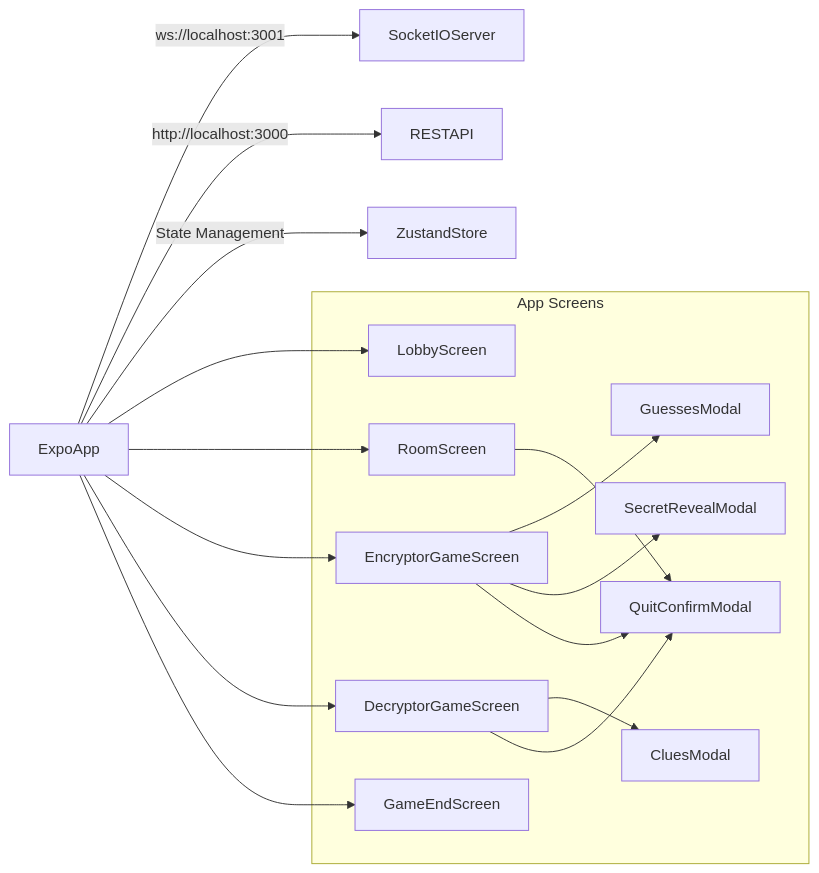
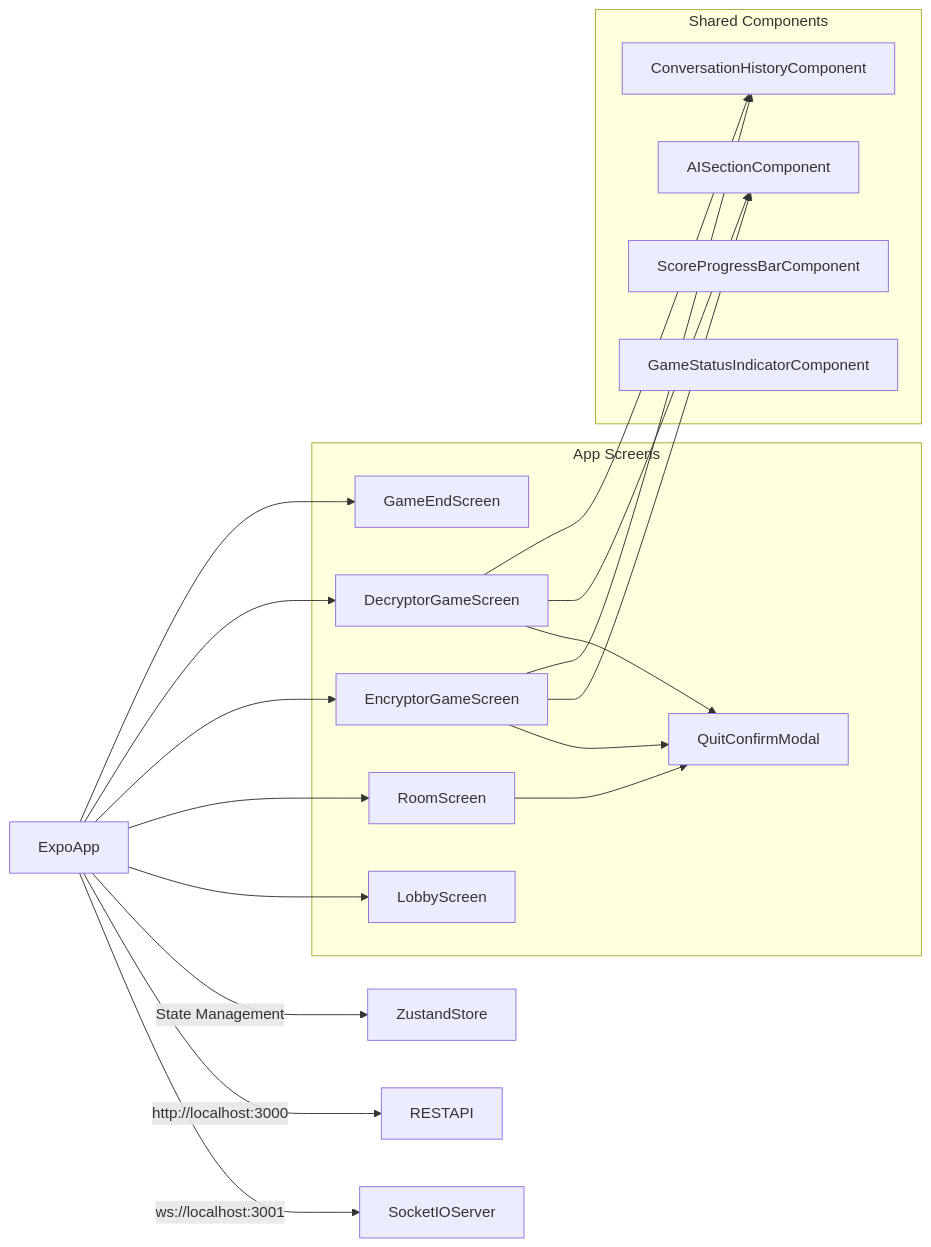
The diagram in frontend/frontend-spec.md (guy-car/week6-smuggler), drawn with Mermaid before and after one commit. The commit also changed other lines of this file and 5 other files, not shown here.

Commit message:
Phase 4: Implement shared AISectionComponent and UI simplification

````diff
--- a/frontend/frontend-spec.md
+++ b/frontend/frontend-spec.md
@@ -23,35 +23,41 @@
 ```mermaid
 graph LR
     ExpoApp[ExpoApp]
     WebSocket[SocketIOServer]
     RESTAPI[RESTAPI]
     ZustandStore[ZustandStore]
     
     ExpoApp -->|ws://localhost:3001| WebSocket
     ExpoApp -->|http://localhost:3000| RESTAPI
     ExpoApp -->|State Management| ZustandStore
     
     subgraph "App Screens"
         Lobby[LobbyScreen]
         Room[RoomScreen]
         EncryptorGame[EncryptorGameScreen]
         DecryptorGame[DecryptorGameScreen]
         GameEnd[GameEndScreen]
-        ModalGuesses[GuessesModal]
-        ModalClues[CluesModal]
         ModalQuit[QuitConfirmModal]
-        ModalSecret[SecretRevealModal]
+    end
+    
+    subgraph "Shared Components"
+        AIComponent[AISectionComponent]
+        ConversationHistory[ConversationHistoryComponent]
+        ScoreProgressBar[ScoreProgressBarComponent]
+        GameStatusIndicator[GameStatusIndicatorComponent]
     end
     
     ExpoApp --> Lobby
     ExpoApp --> Room
     ExpoApp --> EncryptorGame
     ExpoApp --> DecryptorGame
     ExpoApp --> GameEnd
-    EncryptorGame --> ModalGuesses
-    DecryptorGame --> ModalClues
-    EncryptorGame --> ModalSecret
     EncryptorGame --> ModalQuit
     DecryptorGame --> ModalQuit
     Room --> ModalQuit
+    
+    EncryptorGame --> AIComponent
+    DecryptorGame --> AIComponent
+    EncryptorGame --> ConversationHistory
+    DecryptorGame --> ConversationHistory
 ```
````
